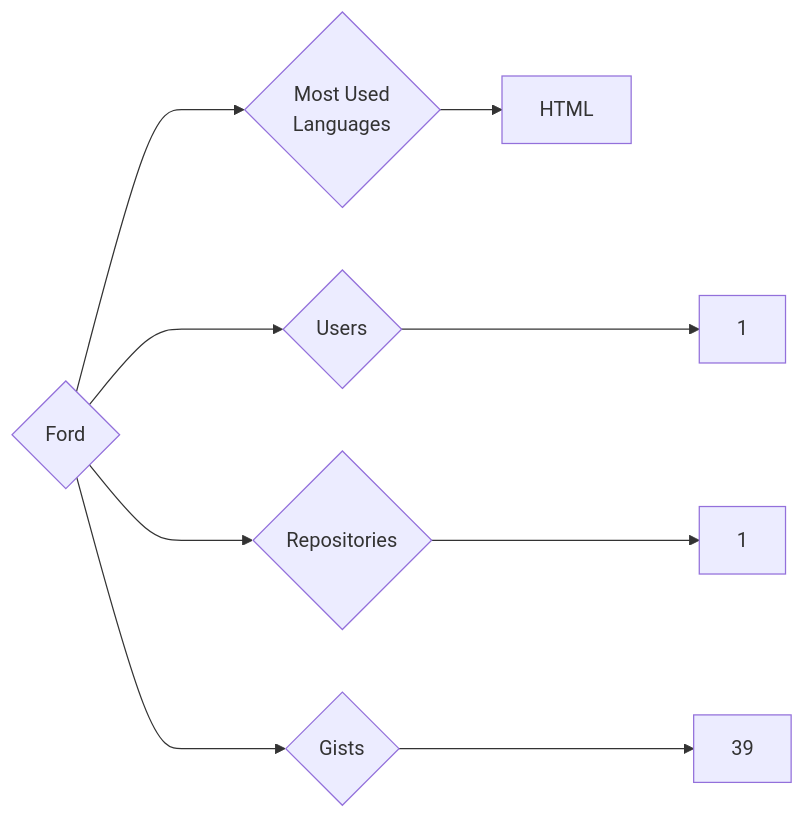
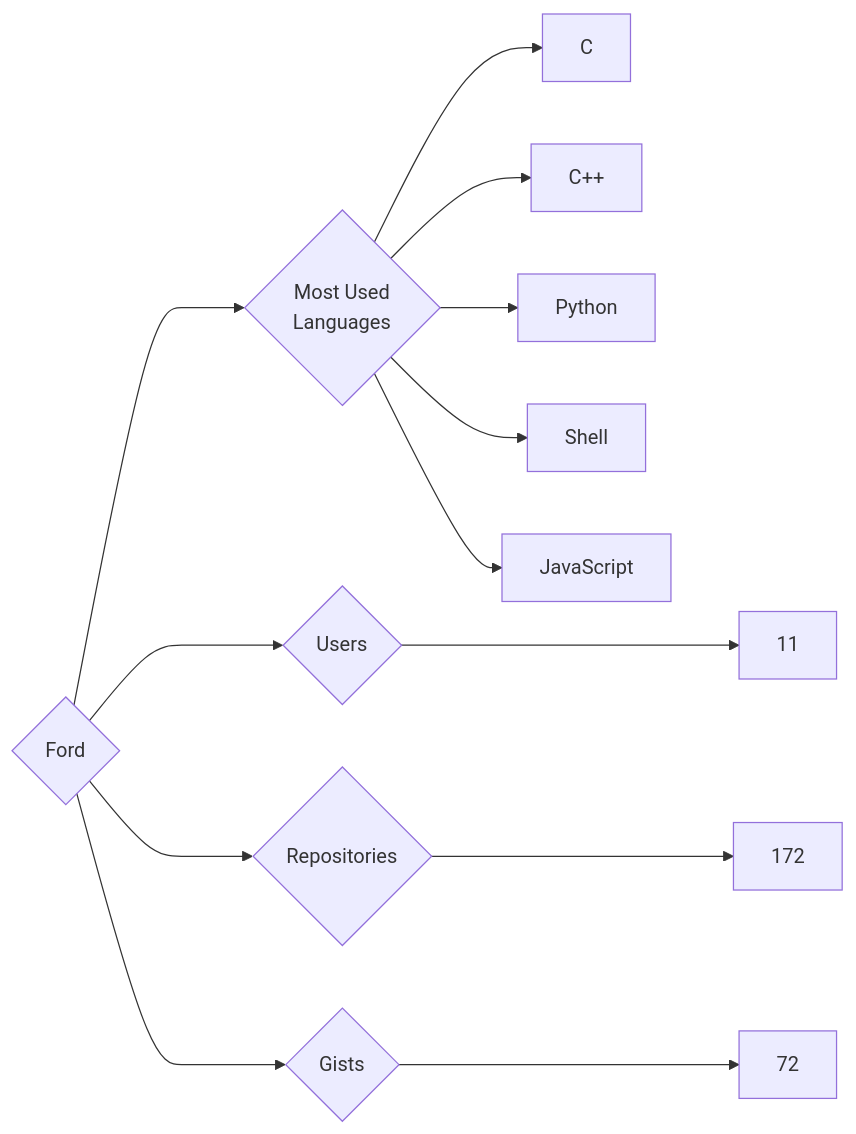
The diagram in targets/Ford/README.md (trickest/insiders), drawn with Mermaid before and after one commit. The commit also changed 1149 other files, not shown here.

````diff
--- a/targets/Ford/README.md
+++ b/targets/Ford/README.md
@@ -3,9 +3,13 @@
 ```mermaid
 graph LR
 COMPANY_NAME{Ford}
-COMPANY_NAME ---> U{Users} ---> UN[1]
-COMPANY_NAME ---> R{Repositories} ---> RN[1]
-COMPANY_NAME ---> G{Gists} ---> GN[39]
+COMPANY_NAME ---> U{Users} ---> UN[11]
+COMPANY_NAME ---> R{Repositories} ---> RN[172]
+COMPANY_NAME ---> G{Gists} ---> GN[72]
 COMPANY_NAME ---> ML{Most Used<br>Languages}
-ML --> HTML[HTML]
+ML --> C[C]
+ML --> C++[C++]
+ML --> Python[Python]
+ML --> Shell[Shell]
+ML --> JavaScript[JavaScript]
 ```
````
